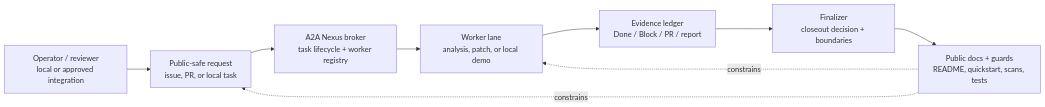
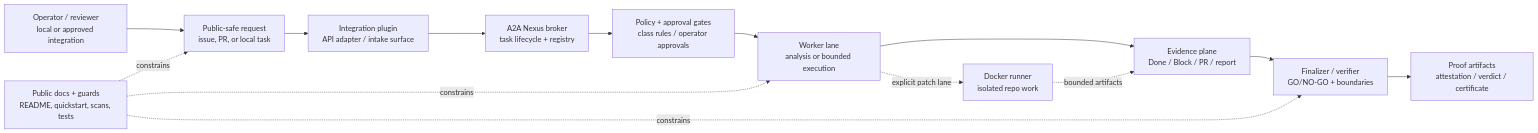
The first of 3 diagrams in docs/architecture.md (jinwon-int/a2a-nexus), drawn with Mermaid before and after one commit. The commit also changed other lines of this file and 3 other files, not shown here.

First line of the commit message:
docs: expand public architecture trust boundaries (#1484) (#1489)

````diff
--- a/docs/architecture.md
+++ b/docs/architecture.md
@@ -7,15 +9,21 @@
 ```mermaid
 flowchart LR
   operator["Operator / reviewer\nlocal or approved integration"]
   intake["Public-safe request\nissue, PR, or local task"]
-  broker["A2A Nexus broker\ntask lifecycle + worker registry"]
-  worker["Worker lane\nanalysis, patch, or local demo"]
-  evidence["Evidence ledger\nDone / Block / PR / report"]
-  finalizer["Finalizer\ncloseout decision + boundaries"]
+  plugin["Integration plugin\nAPI adapter / intake surface"]
+  broker["A2A Nexus broker\ntask lifecycle + registry"]
+  policy["Policy + approval gates\nclass rules / operator approvals"]
+  worker["Worker lane\nanalysis or bounded execution"]
+  runner["Docker runner\nisolated repo work"]
+  evidence["Evidence plane\nDone / Block / PR / report"]
+  finalizer["Finalizer / verifier\nGO/NO-GO + boundaries"]
+  certificate["Proof artifacts\nattestation / verdict / certificate"]
   docs["Public docs + guards\nREADME, quickstart, scans, tests"]
 
-  operator --> intake --> broker --> worker --> evidence --> finalizer
+  operator --> intake --> plugin --> broker --> policy --> worker
+  worker --> evidence --> finalizer --> certificate
+  worker -. explicit patch lane .-> runner -. bounded artifacts .-> evidence
   docs -. constrains .-> intake
   docs -. constrains .-> worker
-  finalizer --> docs
+  docs -. constrains .-> finalizer
 ```
````
